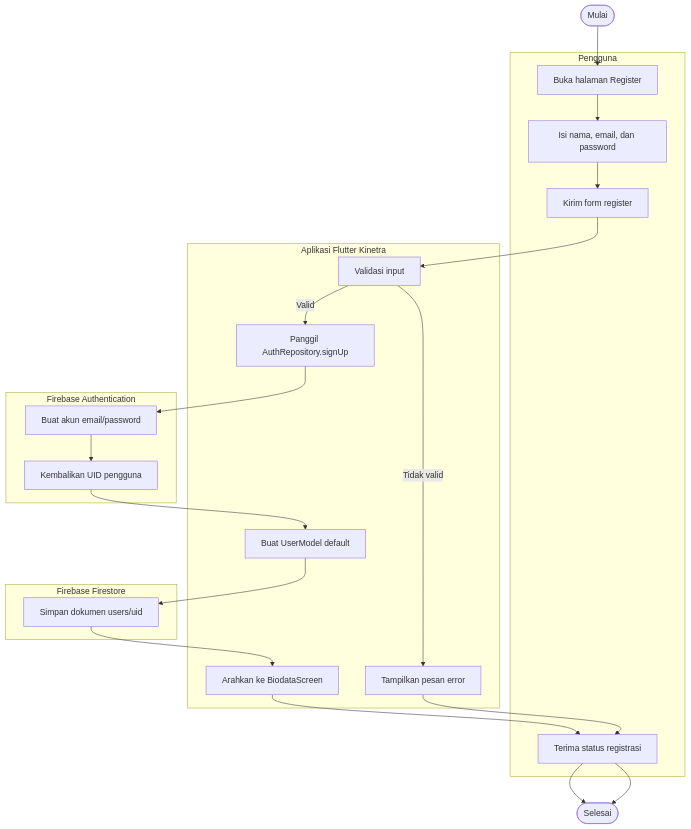
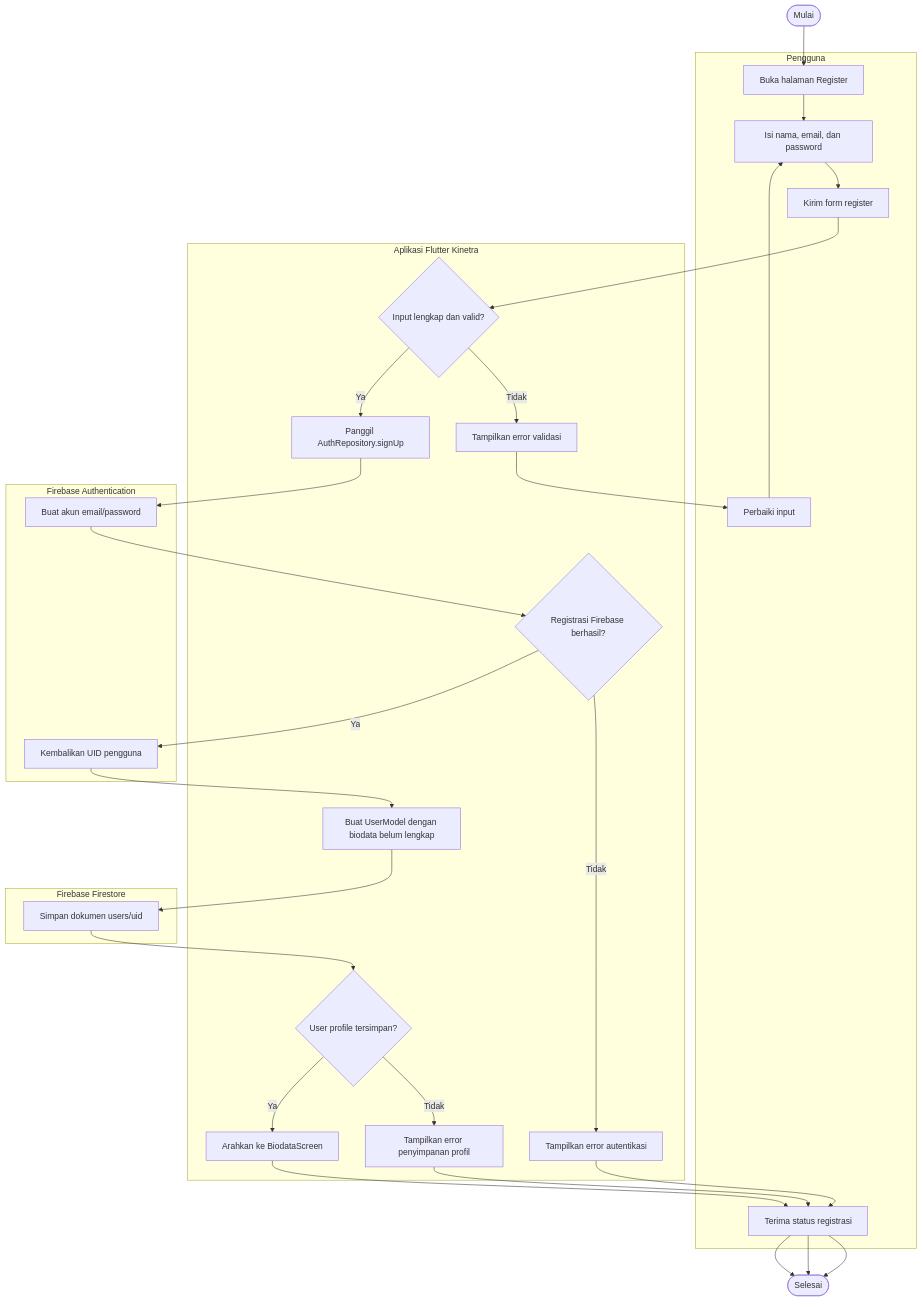
The second of 26 diagrams in docs/uml.md (arifrachmatdx/Kinetra), drawn with Mermaid before and after one commit. The commit also changed other lines of this file and 1 other file, not shown here.

Commit message:
docs: add detailed UML decisions and alternatives

````diff
--- a/docs/uml.md
+++ b/docs/uml.md
@@ -71,28 +83,37 @@
 ```mermaid
 flowchart TD
     Start([Mulai])
     subgraph User["Pengguna"]
         OpenRegister[Buka halaman Register]
         FillRegister[Isi nama, email, dan password]
         SubmitRegister[Kirim form register]
+        FixInput[Perbaiki input]
         ReceiveResult[Terima status registrasi]
     end
     subgraph App["Aplikasi Flutter Kinetra"]
-        ValidateInput[Validasi input]
+        ValidateInput{Input lengkap dan valid?}
         CallSignUp[Panggil AuthRepository.signUp]
-        CreateUserModel[Buat UserModel default]
+        AuthSuccess{Registrasi Firebase berhasil?}
+        CreateUserModel[Buat UserModel dengan biodata belum lengkap]
+        FirestoreSuccess{User profile tersimpan?}
         RedirectBiodata[Arahkan ke BiodataScreen]
-        ShowError[Tampilkan pesan error]
+        ShowValidationError[Tampilkan error validasi]
+        ShowAuthError[Tampilkan error autentikasi]
+        ShowFirestoreError[Tampilkan error penyimpanan profil]
     end
     subgraph Auth["Firebase Authentication"]
         CreateCredential[Buat akun email/password]
         ReturnUid[Kembalikan UID pengguna]
     end
     subgraph DB["Firebase Firestore"]
         SaveUser[Simpan dokumen users/uid]
     end
 
     Start --> OpenRegister --> FillRegister --> SubmitRegister --> ValidateInput
-    ValidateInput -->|Valid| CallSignUp --> CreateCredential --> ReturnUid --> CreateUserModel --> SaveUser --> RedirectBiodata --> ReceiveResult --> End([Selesai])
-    ValidateInput -->|Tidak valid| ShowError --> ReceiveResult --> End
+    ValidateInput -->|Tidak| ShowValidationError --> FixInput --> FillRegister
+    ValidateInput -->|Ya| CallSignUp --> CreateCredential --> AuthSuccess
+    AuthSuccess -->|Tidak| ShowAuthError --> ReceiveResult --> End([Selesai])
+    AuthSuccess -->|Ya| ReturnUid --> CreateUserModel --> SaveUser --> FirestoreSuccess
+    FirestoreSuccess -->|Tidak| ShowFirestoreError --> ReceiveResult --> End
+    FirestoreSuccess -->|Ya| RedirectBiodata --> ReceiveResult --> End
 ```
````
